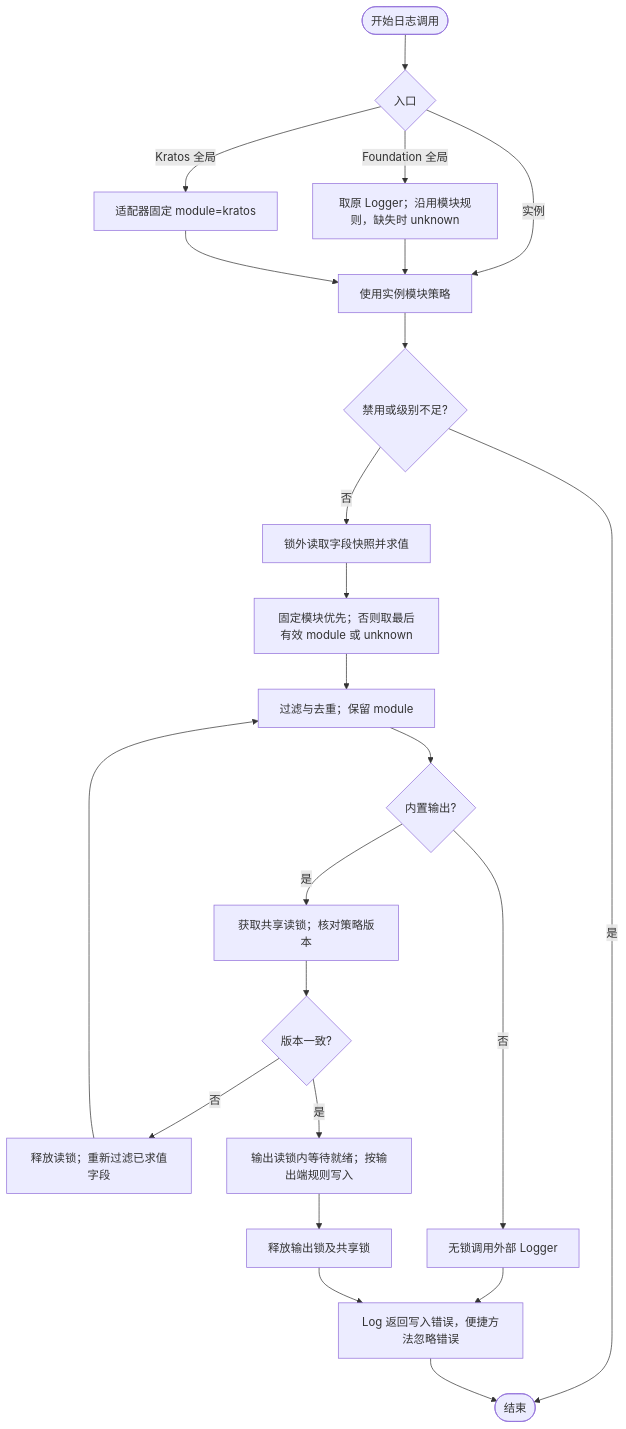
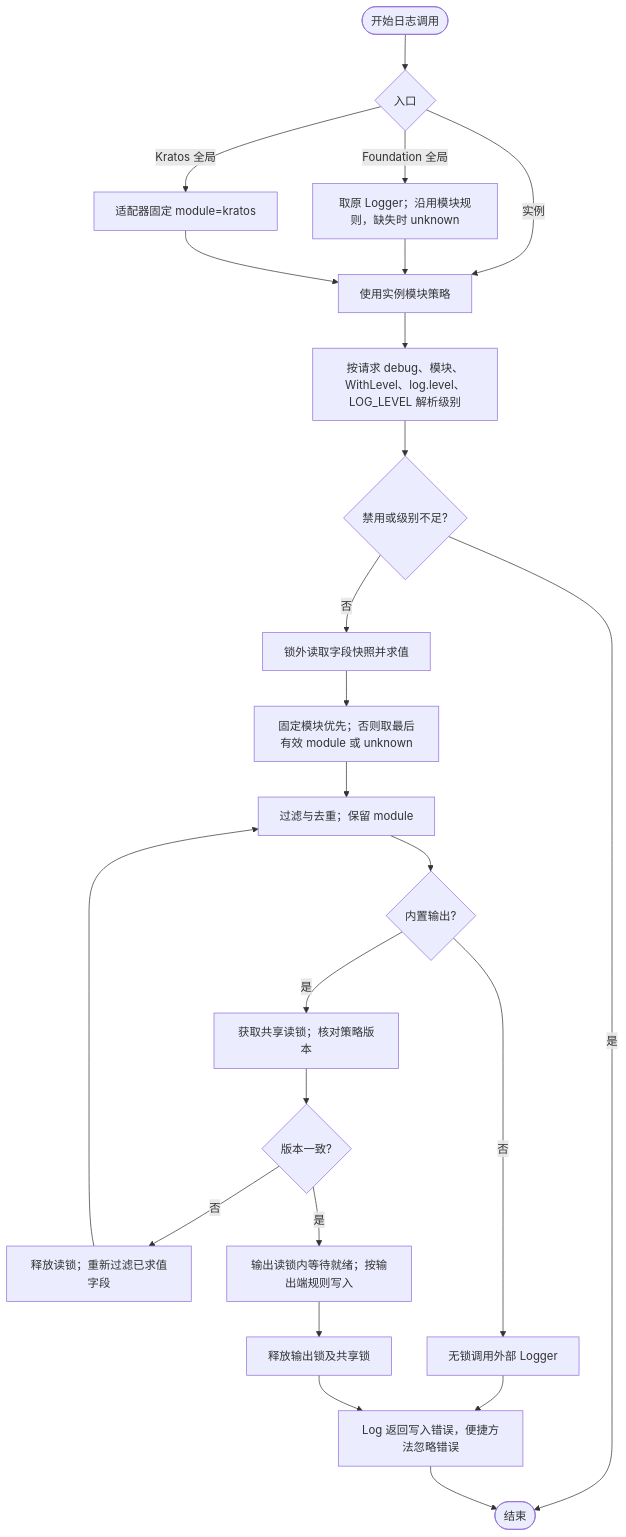
Before and after one commit to jaggerzhuang1994/kratos-foundation: the fifth of 6 diagrams in pkg/log/README.md, drawn with Mermaid. The commit also changed other lines of this file and 11 other files, not shown here.

````diff
--- a/pkg/log/README.md
+++ b/pkg/log/README.md
@@ -275,25 +274,26 @@
 ```mermaid
 flowchart TD
     A([开始日志调用]) --> B{入口}
     B -- Foundation 全局 --> C[取原 Logger；沿用模块规则，缺失时 unknown]
     B -- Kratos 全局 --> D[适配器固定 module=kratos]
     B -- 实例 --> E[使用实例模块策略]
     C --> E
     D --> E
-    E --> F{禁用或级别不足?}
+    E --> E1[按请求 debug、模块、WithLevel、log.level、LOG_LEVEL 解析级别]
+    E1 --> F{禁用或级别不足?}
     F -- 是 --> Z([结束])
     F -- 否 --> G[锁外读取字段快照并求值]
     G --> H[固定模块优先；否则取最后有效 module 或 unknown]
     H --> I[过滤与去重；保留 module]
     I --> V{内置输出?}
     V -- 否 --> W[无锁调用外部 Logger]
     W --> L[Log 返回写入错误，便捷方法忽略错误]
     V -- 是 --> J[获取共享读锁；核对策略版本]
     J --> Q{版本一致?}
     Q -- 否 --> R[释放读锁；重新过滤已求值字段]
     R --> I
     Q -- 是 --> K[输出读锁内等待就绪；按输出端规则写入]
     K --> U[释放输出锁及共享锁]
     U --> L
     L --> Z
 ```
````
